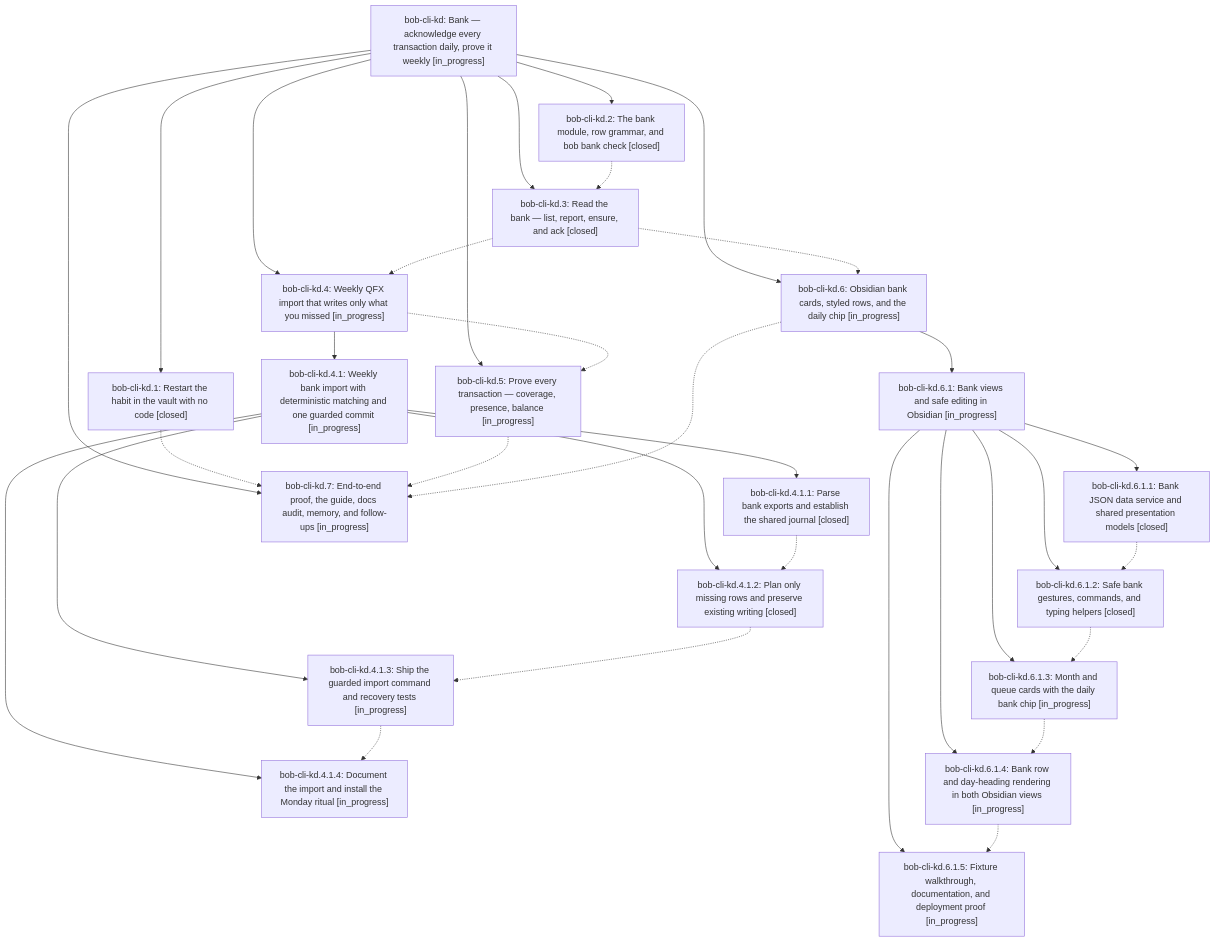
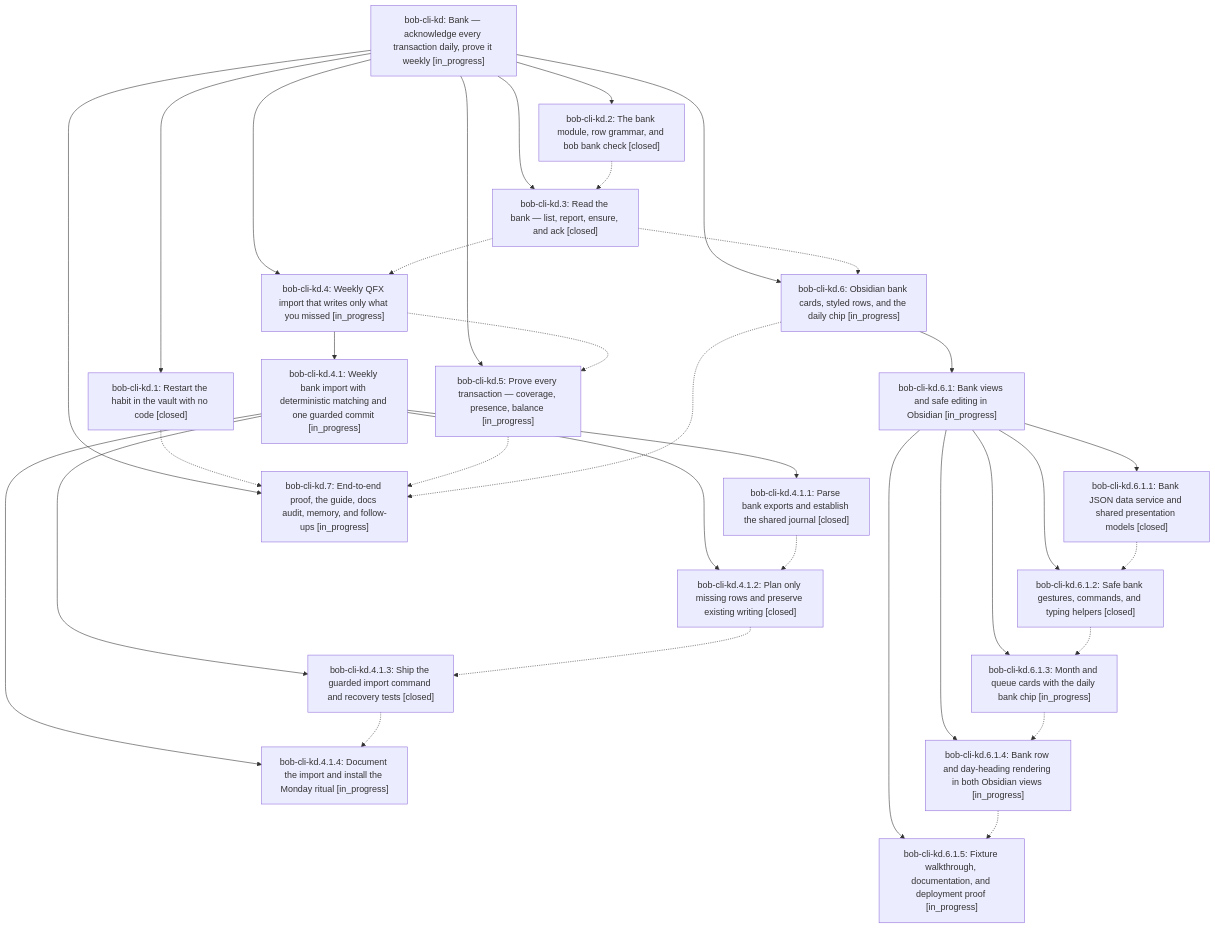
The diagram in pages/bob-cli-kd/README.md (bobs-org/bob-cli--beads), drawn with Mermaid before and after one commit. The commit also changed other lines of this file and 4 other files, not shown here.

First line of the commit message:
chore(beads): sync bead state and pages for bob-cli-kd

````diff
--- a/pages/bob-cli-kd/README.md
+++ b/pages/bob-cli-kd/README.md
@@ -46,54 +46,54 @@
 ```mermaid
 flowchart TD
     n0["bob-cli-kd: Bank — acknowledge every transaction daily, prove it weekly [in_progress]"]
     n1["bob-cli-kd.1: Restart the habit in the vault with no code [closed]"]
     n2["bob-cli-kd.2: The bank module, row grammar, and bob bank check [closed]"]
     n3["bob-cli-kd.3: Read the bank — list, report, ensure, and ack [closed]"]
     n4["bob-cli-kd.4: Weekly QFX import that writes only what you missed [in_progress]"]
     n5["bob-cli-kd.4.1: Weekly bank import with deterministic matching and one guarded commit [in_progress]"]
     n6["bob-cli-kd.4.1.1: Parse bank exports and establish the shared journal [closed]"]
     n7["bob-cli-kd.4.1.2: Plan only missing rows and preserve existing writing [closed]"]
-    n8["bob-cli-kd.4.1.3: Ship the guarded import command and recovery tests [in_progress]"]
+    n8["bob-cli-kd.4.1.3: Ship the guarded import command and recovery tests [closed]"]
     n9["bob-cli-kd.4.1.4: Document the import and install the Monday ritual [in_progress]"]
     n10["bob-cli-kd.5: Prove every transaction — coverage, presence, balance [in_progress]"]
     n11["bob-cli-kd.6: Obsidian bank cards, styled rows, and the daily chip [in_progress]"]
     n12["bob-cli-kd.6.1: Bank views and safe editing in Obsidian [in_progress]"]
     n13["bob-cli-kd.6.1.1: Bank JSON data service and shared presentation models [closed]"]
     n14["bob-cli-kd.6.1.2: Safe bank gestures, commands, and typing helpers [closed]"]
     n15["bob-cli-kd.6.1.3: Month and queue cards with the daily bank chip [in_progress]"]
     n16["bob-cli-kd.6.1.4: Bank row and day-heading rendering in both Obsidian views [in_progress]"]
     n17["bob-cli-kd.6.1.5: Fixture walkthrough, documentation, and deployment proof [in_progress]"]
     n18["bob-cli-kd.7: End-to-end proof, the guide, docs audit, memory, and follow-ups [in_progress]"]
     n0 --> n1
     n0 --> n2
     n0 --> n3
     n0 --> n4
     n4 --> n5
     n5 --> n6
     n5 --> n7
     n5 --> n8
     n5 --> n9
     n0 --> n10
     n0 --> n11
     n11 --> n12
     n12 --> n13
     n12 --> n14
     n12 --> n15
     n12 --> n16
     n12 --> n17
     n0 --> n18
     n1 -.-> n18
     n2 -.-> n3
     n3 -.-> n4
     n3 -.-> n11
     n4 -.-> n10
     n6 -.-> n7
     n7 -.-> n8
     n8 -.-> n9
     n10 -.-> n18
     n11 -.-> n18
     n13 -.-> n14
     n14 -.-> n15
     n15 -.-> n16
     n16 -.-> n17
 ```
````
